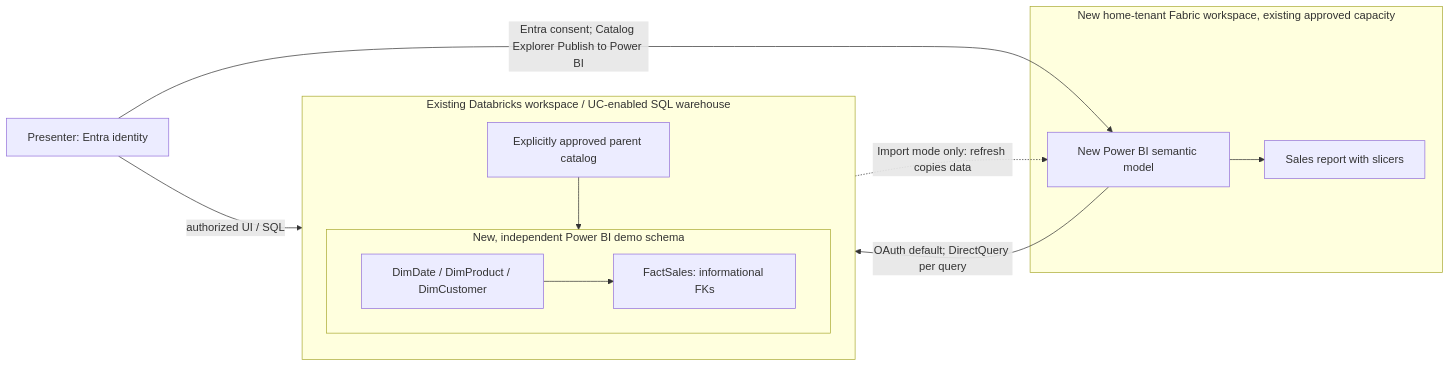
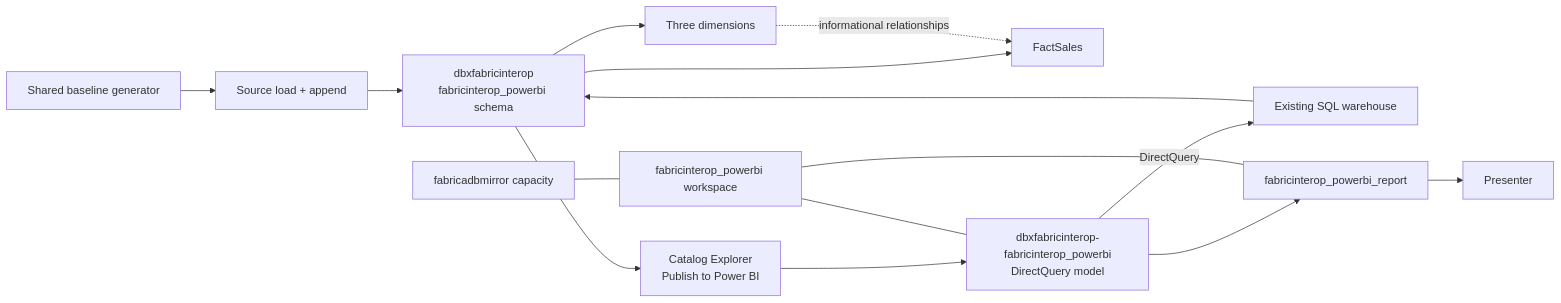
The diagram in demos/power-bi/architecture.mmd (kuby49/databricks_fabric_interop_demos), drawn with Mermaid before and after one commit. The commit also changed 19 other files, not shown here.

Commit message:
Add Compatibility Mode interoperability demo

```diff
--- a/demos/power-bi/architecture.mmd
+++ b/demos/power-bi/architecture.mmd
@@ -1,19 +1,22 @@
 flowchart LR
-  person["Presenter: Entra identity"] -->|authorized UI / SQL| DB
-  subgraph DB["Existing Databricks workspace / UC-enabled SQL warehouse"]
-    UC["Explicitly approved parent catalog"]
-    subgraph SC["New, independent Power BI demo schema"]
-      D["DimDate / DimProduct / DimCustomer"]
-      F["FactSales: informational FKs"]
-    end
-    UC --> SC
-    D --> F
-  end
-  subgraph FAB["New home-tenant Fabric workspace, existing approved capacity"]
-    SM["New Power BI semantic model"]
-    R["Sales report with slicers"]
-    SM --> R
-  end
-  person -->|Entra consent; Catalog Explorer Publish to Power BI| SM
-  SM -->|OAuth default; DirectQuery per query| DB
-  DB -.->|Import mode only: refresh copies data| SM
+  GEN["Shared baseline generator"]
+  NOTE["Source load + append"]
+  SCHEMA["dbxfabricinterop<br/>fabricinterop_powerbi schema"]
+  DIM["Three dimensions"]
+  FACT["FactSales"]
+  WH["Existing SQL warehouse"]
+  PUB["Catalog Explorer<br/>Publish to Power BI"]
+  MODEL["dbxfabricinterop-fabricinterop_powerbi<br/>DirectQuery model"]
+  REPORT["fabricinterop_powerbi_report"]
+  READER["Presenter"]
+  WS["fabricinterop_powerbi workspace"]
+  CAP["fabricadbmirror capacity"]
+  GEN --> NOTE --> SCHEMA
+  SCHEMA --> DIM
+  SCHEMA --> FACT
+  DIM -. "informational relationships" .-> FACT
+  SCHEMA --> PUB --> MODEL --> REPORT --> READER
+  MODEL -->|"DirectQuery"| WH --> SCHEMA
+  WS --- MODEL
+  WS --- REPORT
+  CAP --- WS
```
